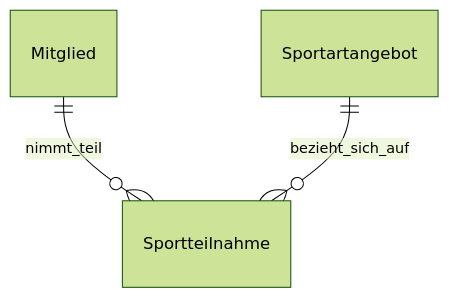
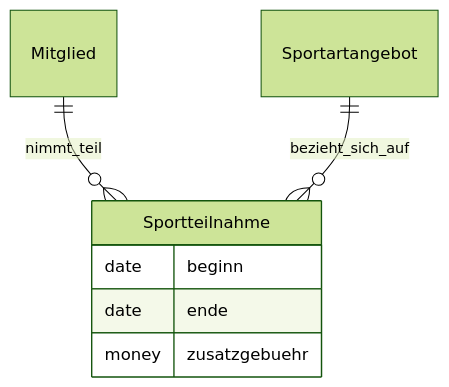
One commit to Lehrstuhl-BWL-EvIS/sportyweb changed the diagram in documentation/datamodel.md. Above: the diagram before and after it, drawn with Mermaid (forest theme). The commit also changed other lines of this file, not shown here.

Commit message:
Revised datamodel.md

````diff
--- a/documentation/datamodel.md
+++ b/documentation/datamodel.md
@@ -22,5 +22,10 @@
 ```mermaid
 erDiagram
 	Mitglied ||--o{ Sportteilnahme : nimmt_teil
 	Sportartangebot ||--o{ Sportteilnahme : bezieht_sich_auf
+	Sportteilnahme {
+		date beginn
+		date ende
+		money zusatzgebuehr
+	}
 ```
````
